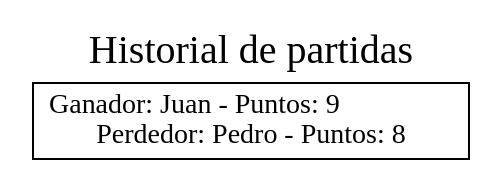
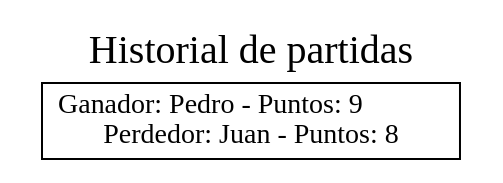
One commit to elJuanjoRamos/EDD_1S2020_PY1_201801262 changed the diagram in EDD_Proyecto1/EDD_Proyecto1/HistorialPartidas.dot. Above: the diagram before and after it, drawn with Graphviz. The commit also changed 25 other files, not shown here.

```diff
--- a/EDD_Proyecto1/EDD_Proyecto1/HistorialPartidas.dot
+++ b/EDD_Proyecto1/EDD_Proyecto1/HistorialPartidas.dot
@@ -1,4 +1,4 @@
 digraph G {graph[label="Historial de partidas", labelloc=t, fontsize=20]
 node[shape = box];
-nodo0 [ label ="Ganador: Juan - Puntos: 9\l Perdedor: Pedro - Puntos: 8"];
+nodo0 [ label ="Ganador: Pedro - Puntos: 9\l Perdedor: Juan - Puntos: 8"];
 }
```
